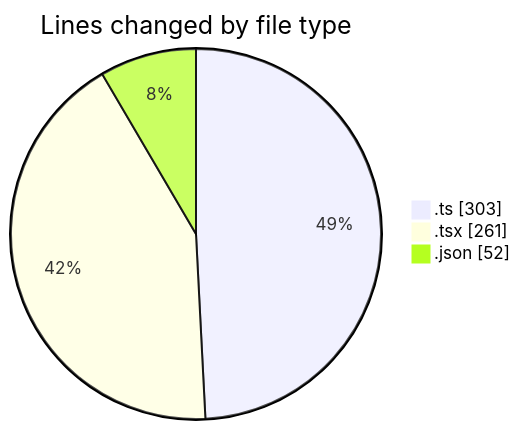
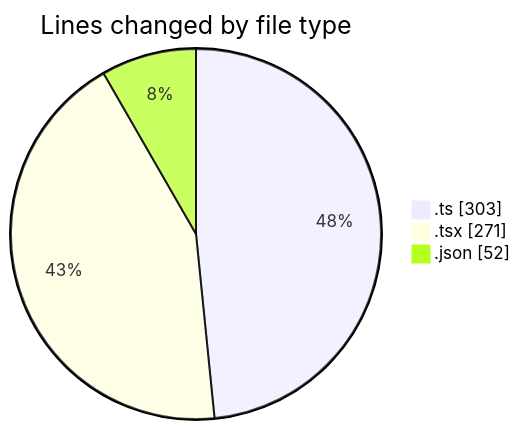
Before and after one commit to julien-gomy/code-tracking: the first of 2 diagrams in 2025-11-24/eventscop-frontend-guide__workspace_/README.md, drawn with Mermaid. The commit also changed other lines of this file and 1 other file, not shown here.

````diff
--- a/2025-11-24/eventscop-frontend-guide__workspace_/README.md
+++ b/2025-11-24/eventscop-frontend-guide__workspace_/README.md
@@ -29,7 +29,7 @@
 ```mermaid
 pie showData
 title Lines changed by file type
 ".ts" : 303
-".tsx" : 261
+".tsx" : 271
 ".json" : 52
 ```
````
